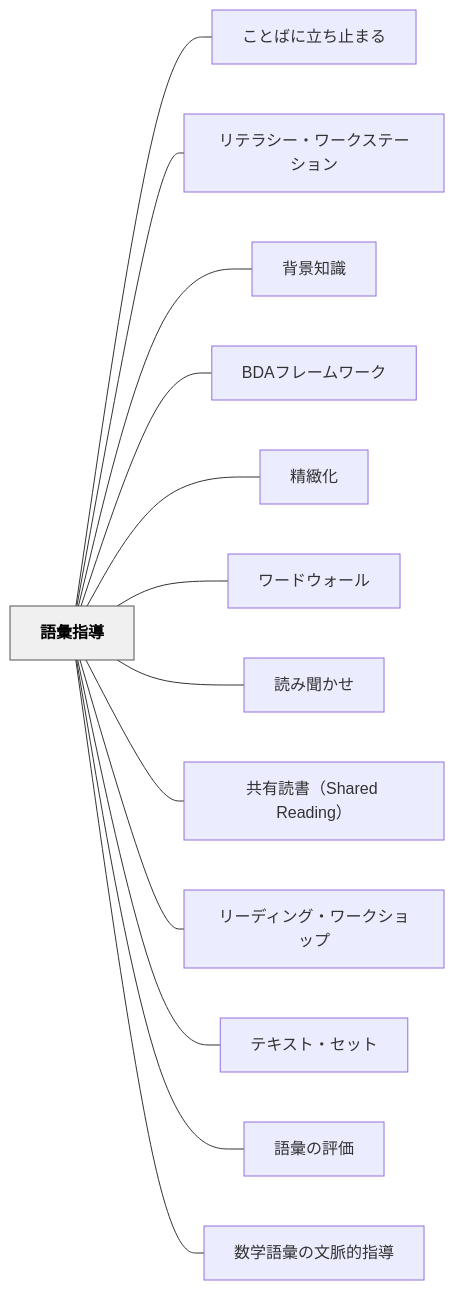
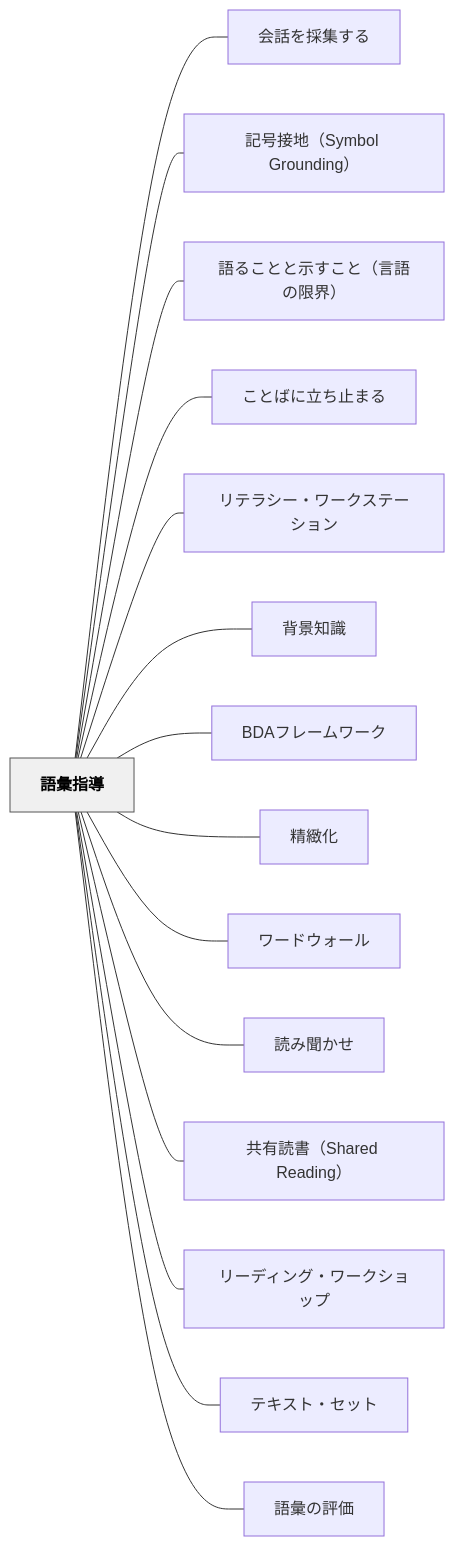
Before and after one commit to unknownthings-ed-patterns/unknownthings-ed-patterns: the diagram in content/パタン/語彙指導.md, drawn with Mermaid. The commit also changed other lines of this file and 185 other files, not shown here.

````diff
--- a/content/パタン/語彙指導.md
+++ b/content/パタン/語彙指導.md
@@ -370,32 +373,36 @@
 ```mermaid
 flowchart LR
     ne8aa9ee5bd99e68c87e5b08e["語彙指導"]
+    ne4bc9ae8a9b1e38292e68ea1e99b86e38199e3828b["会話を採集する"]
+    ne8a898e58fb7e68ea5e59cb0efbc8853796d626f6c2047726f756e64696e67efbc89["記号接地（Symbol Grounding）"]
+    ne8aa9ee3828be38193e381a8e381a8e7a4bae38199e38193e381a8efbc88e8a880e8aa9ee381aee99990e7958cefbc89["語ることと示すこと（言語の限界）"]
     ne38193e381a8e381b0e381abe7ab8be381a1e6ada2e381bee3828b["ことばに立ち止まる"]
     ne383aae38386e383a9e382b7e383bce383bbe383afe383bce382afe382b9e38386e383bce382b7e383a7e383b3["リテラシー・ワークステーション"]
     ne8838ce699afe79fa5e8ad98["背景知識"]
     n424441e38395e383ace383bce383a0e383afe383bce382af["BDAフレームワーク"]
     ne7b2bee7b7bbe58c96["精緻化"]
     ne383afe383bce38389e382a6e382a9e383bce383ab["ワードウォール"]
     ne8aaade381bfe8819ee3818be3819b["読み聞かせ"]
     ne585b1e69c89e8aaade69bb8efbc885368617265642052656164696e67efbc89["共有読書（Shared Reading）"]
     ne383aae383bce38387e382a3e383b3e382b0e383bbe383afe383bce382afe382b7e383a7e38383e38397["リーディング・ワークショップ"]
     ne38386e382ade382b9e38388e383bbe382bbe38383e38388["テキスト・セット"]
     ne8aa9ee5bd99e381aee8a995e4bea1["語彙の評価"]
-    ne695b0e5ada6e8aa9ee5bd99e381aee69687e88488e79a84e68c87e5b08e["数学語彙の文脈的指導"]
 
+    ne8aa9ee5bd99e68c87e5b08e --- ne4bc9ae8a9b1e38292e68ea1e99b86e38199e3828b
+    ne8aa9ee5bd99e68c87e5b08e --- ne8a898e58fb7e68ea5e59cb0efbc8853796d626f6c2047726f756e64696e67efbc89
+    ne8aa9ee5bd99e68c87e5b08e --- ne8aa9ee3828be38193e381a8e381a8e7a4bae38199e38193e381a8efbc88e8a880e8aa9ee381aee99990e7958cefbc89
     ne8aa9ee5bd99e68c87e5b08e --- ne38193e381a8e381b0e381abe7ab8be381a1e6ada2e381bee3828b
     ne8aa9ee5bd99e68c87e5b08e --- ne383aae38386e383a9e382b7e383bce383bbe383afe383bce382afe382b9e38386e383bce382b7e383a7e383b3
     ne8aa9ee5bd99e68c87e5b08e --- ne8838ce699afe79fa5e8ad98
     ne8aa9ee5bd99e68c87e5b08e --- n424441e38395e383ace383bce383a0e383afe383bce382af
     ne8aa9ee5bd99e68c87e5b08e --- ne7b2bee7b7bbe58c96
     ne8aa9ee5bd99e68c87e5b08e --- ne383afe383bce38389e382a6e382a9e383bce383ab
     ne8aa9ee5bd99e68c87e5b08e --- ne8aaade381bfe8819ee3818be3819b
     ne8aa9ee5bd99e68c87e5b08e --- ne585b1e69c89e8aaade69bb8efbc885368617265642052656164696e67efbc89
     ne8aa9ee5bd99e68c87e5b08e --- ne383aae383bce38387e382a3e383b3e382b0e383bbe383afe383bce382afe382b7e383a7e38383e38397
     ne8aa9ee5bd99e68c87e5b08e --- ne38386e382ade382b9e38388e383bbe382bbe38383e38388
     ne8aa9ee5bd99e68c87e5b08e --- ne8aa9ee5bd99e381aee8a995e4bea1
-    ne8aa9ee5bd99e68c87e5b08e --- ne695b0e5ada6e8aa9ee5bd99e381aee69687e88488e79a84e68c87e5b08e
 
     classDef hub fill:#f0f0f0,stroke:#555,color:#000,font-weight:bold
     class ne8aa9ee5bd99e68c87e5b08e hub
 ```
````
